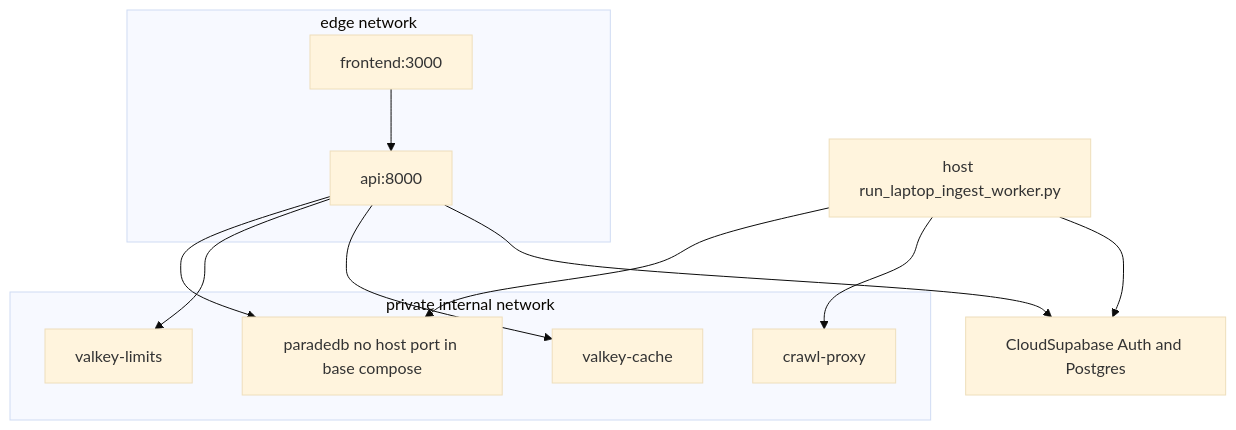
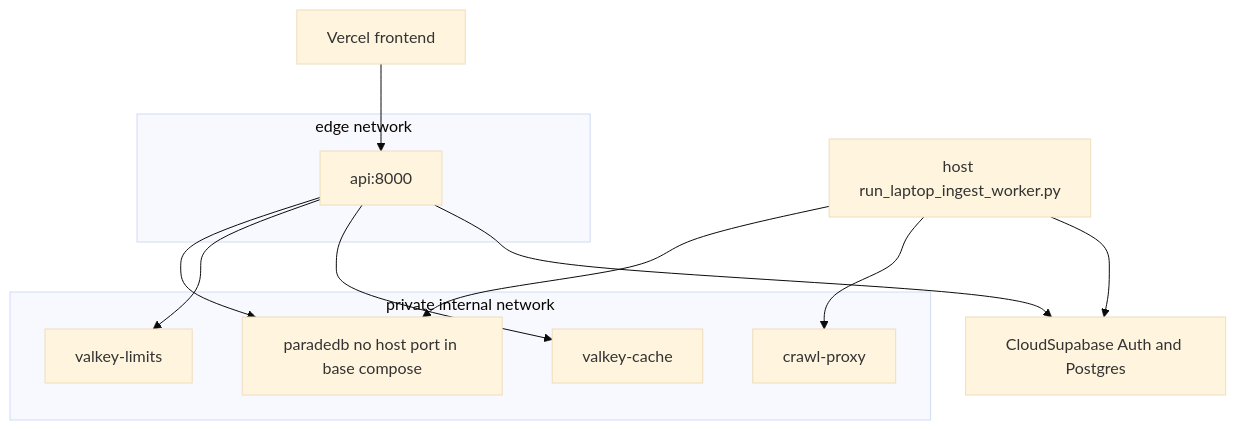
One commit to Nagdy8888/smart-rag changed the first of 3 diagrams in docs/architecture/02-containers.md. Above: the diagram before and after it, drawn with Mermaid (base theme). The commit also changed other lines of this file and 8 other files, not shown here.

````diff
--- a/docs/architecture/02-containers.md
+++ b/docs/architecture/02-containers.md
@@ -13,22 +13,22 @@
 ```mermaid
 flowchart TB
   subgraph edge ["edge network"]
-    fe["frontend:3000"]
     api["api:8000"]
   end
+  vercel["Vercel frontend"]
   subgraph private ["private internal network"]
     pdb["paradedb no host port in base compose"]
     vl["valkey-limits"]
     vc["valkey-cache"]
     cp["crawl-proxy"]
   end
   hostWorker["host run_laptop_ingest_worker.py"]
-  fe --> api
+  vercel --> api
   api --> pdb
   api --> vl
   api --> vc
   hostWorker --> pdb
   hostWorker --> cp
   hostWorker --> cloudDb["CloudSupabase Auth and Postgres"]
   api --> cloudDb
 ```
````
